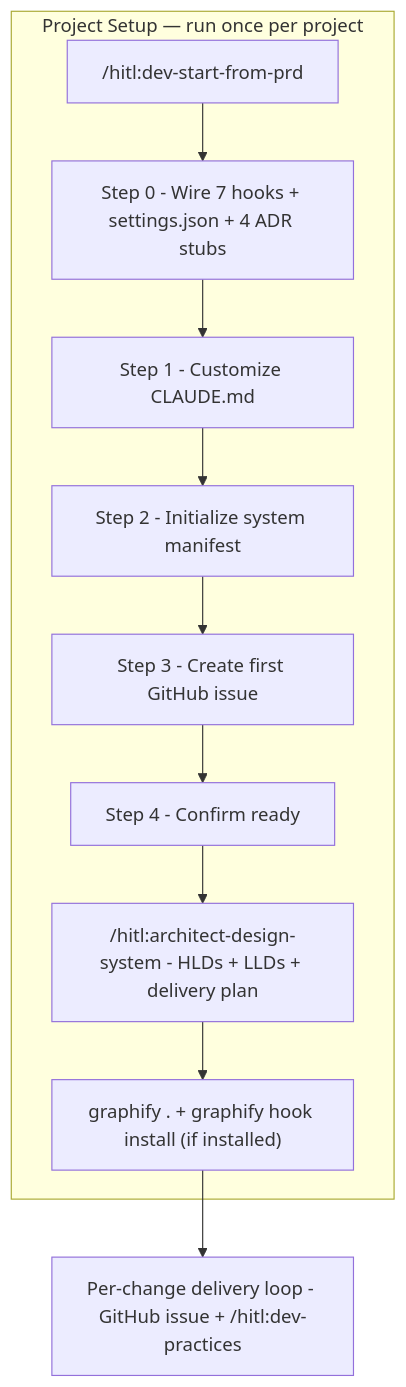
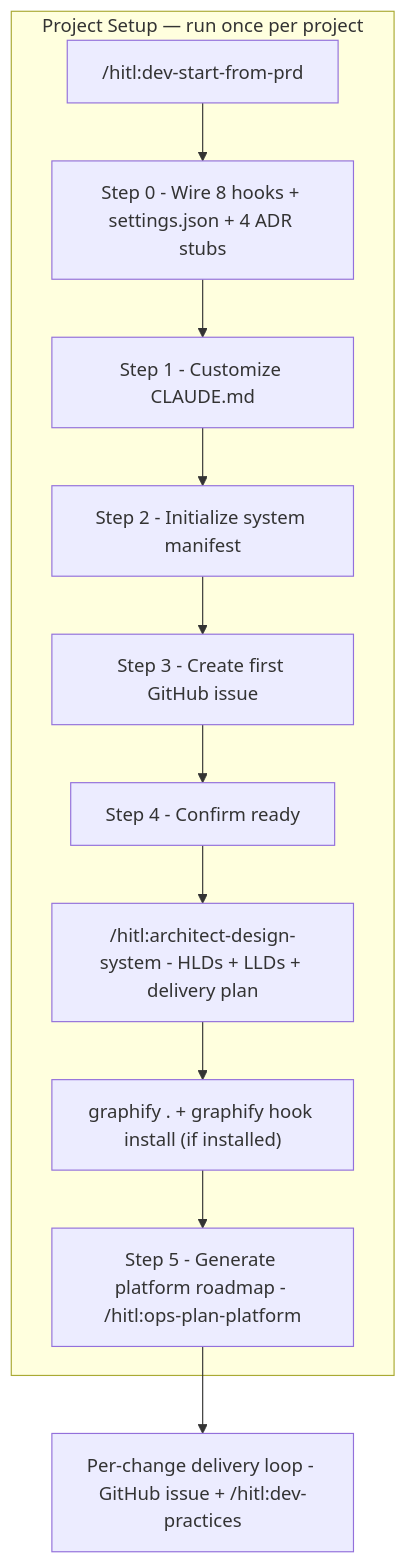
One commit to pappar/hitl-claude-plugin changed the first of 3 diagrams in shared/workflow-prd.md. Above: the diagram before and after it, drawn with Mermaid. The commit also changed other lines of this file and 24 other files, not shown here.

````diff
--- a/shared/workflow-prd.md
+++ b/shared/workflow-prd.md
@@ -11,18 +11,19 @@
 ```mermaid
 graph TB
   subgraph SETUP["Project Setup — run once per project"]
     entry["/hitl:dev-start-from-prd"]
-    s0["Step 0 - Wire 7 hooks + settings.json + 4 ADR stubs"]
+    s0["Step 0 - Wire 8 hooks + settings.json + 4 ADR stubs"]
     s1["Step 1 - Customize CLAUDE.md"]
     s2["Step 2 - Initialize system manifest"]
     s3["Step 3 - Create first GitHub issue"]
     s4["Step 4 - Confirm ready"]
     design["/hitl:architect-design-system - HLDs + LLDs + delivery plan"]
     graphify["graphify . + graphify hook install (if installed)"]
-    entry --> s0 --> s1 --> s2 --> s3 --> s4 --> design --> graphify
+    s5["Step 5 - Generate platform roadmap - /hitl:ops-plan-platform"]
+    entry --> s0 --> s1 --> s2 --> s3 --> s4 --> design --> graphify --> s5
   end
 
   loop["Per-change delivery loop - GitHub issue + /hitl:dev-practices"]
 
-  graphify --> loop
+  s5 --> loop
 ```
````
